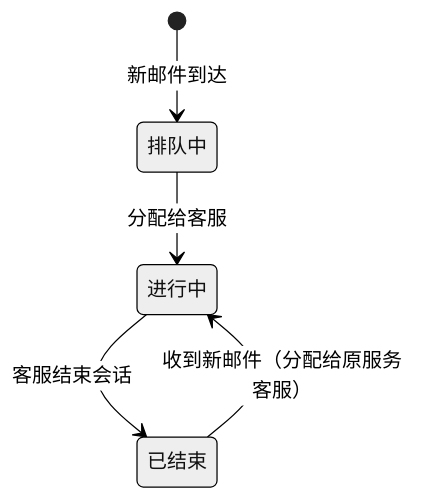
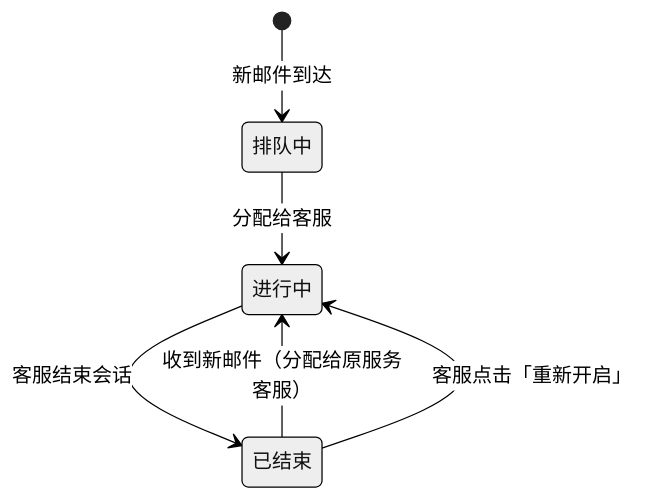
The third of 3 diagrams in docs/PRD-接入邮箱渠道.md (goeye/twt), drawn with Mermaid (neutral theme) before and after one commit. The commit also changed other lines of this file and 2 other files, not shown here.

````diff
--- a/docs/PRD-接入邮箱渠道.md
+++ b/docs/PRD-接入邮箱渠道.md
@@ -715,7 +735,8 @@
 ```mermaid
 stateDiagram-v2
     [*] --> 排队中 : 新邮件到达
     排队中 --> 进行中 : 分配给客服
     进行中 --> 已结束 : 客服结束会话
     已结束 --> 进行中 : 收到新邮件（分配给原服务客服）
+    已结束 --> 进行中 : 客服点击「重新开启」
 ```
````
